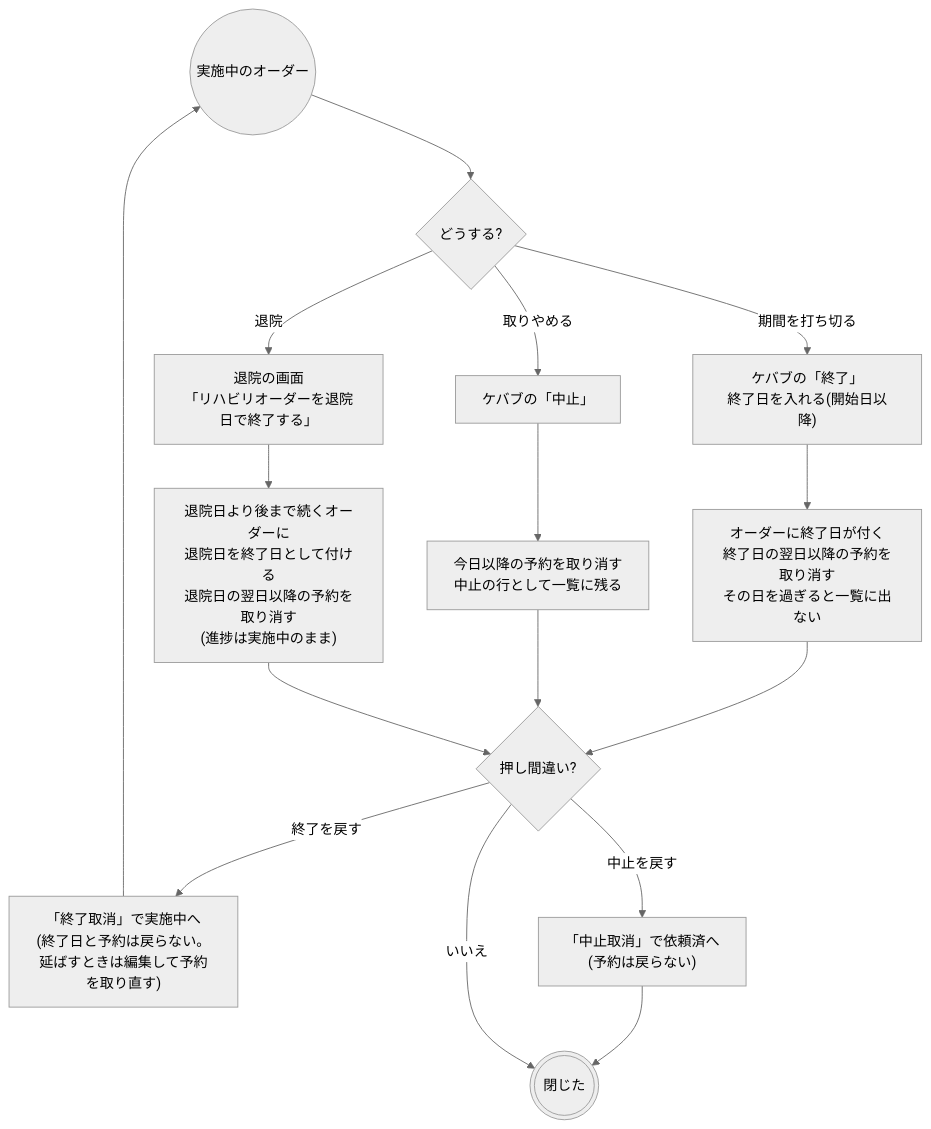
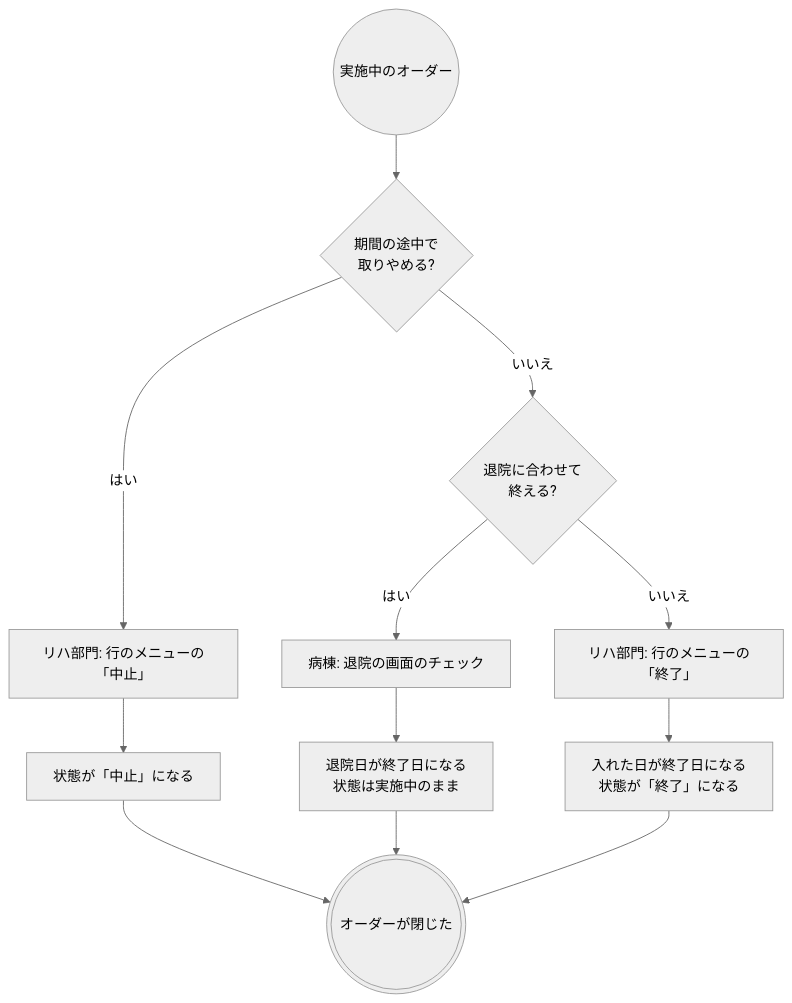
One commit to ysnr-dev/fhir-client-docs changed the fifth of 5 diagrams in docs/flows/rehab.md. Above: the diagram before and after it, drawn with Mermaid (neutral theme). The commit also changed other lines of this file and 43 other files, not shown here.

Commit message:
docs: 業務フローとシーケンス図を写し直し

````diff
--- a/docs/flows/rehab.md
+++ b/docs/flows/rehab.md
@@ -192,23 +199,19 @@
 ```mermaid
 flowchart TD
   course(("実施中のオーダー"))
-  what{"どうする?"}
-  complete["ケバブの「終了」<br/>終了日を入れる(開始日以降)"]
-  cancel["ケバブの「中止」"]
-  discharge["退院の画面<br/>「リハビリオーダーを退院日で終了する」"]
-  ended["オーダーに終了日が付く<br/>終了日の翌日以降の予約を取り消す<br/>その日を過ぎると一覧に出ない"]
-  revoked["今日以降の予約を取り消す<br/>中止の行として一覧に残る"]
-  dischargeEnd["退院日より後まで続くオーダーに<br/>退院日を終了日として付ける<br/>退院日の翌日以降の予約を取り消す<br/>(進捗は実施中のまま)"]
-  undo{"押し間違い?"}
-  restore["「終了取消」で実施中へ<br/>(終了日と予約は戻らない。<br/>延ばすときは編集して予約を取り直す)"]
-  restore2["「中止取消」で依頼済へ<br/>(予約は戻らない)"]
-  done((("閉じた")))
+  what{"期間の途中で<br/>取りやめる?"}
+  cancel["リハ部門: 行のメニューの「中止」"]
+  revoked["状態が「中止」になる"]
+  who{"退院に合わせて<br/>終える?"}
+  discharge["病棟: 退院の画面のチェック"]
+  dischargeEnd["退院日が終了日になる<br/>状態は実施中のまま"]
+  complete["リハ部門: 行のメニューの「終了」"]
+  ended["入れた日が終了日になる<br/>状態が「終了」になる"]
+  done((("オーダーが閉じた")))
 
   course --> what
-  what -- "期間を打ち切る" --> complete --> ended --> undo
-  what -- "取りやめる" --> cancel --> revoked --> undo
-  what -- "退院" --> discharge --> dischargeEnd --> undo
-  undo -- "終了を戻す" --> restore --> course
-  undo -- "中止を戻す" --> restore2 --> done
-  undo -- "いいえ" --> done
+  what -- "はい" --> cancel --> revoked --> done
+  what -- "いいえ" --> who
+  who -- "はい" --> discharge --> dischargeEnd --> done
+  who -- "いいえ" --> complete --> ended --> done
 ```
````
